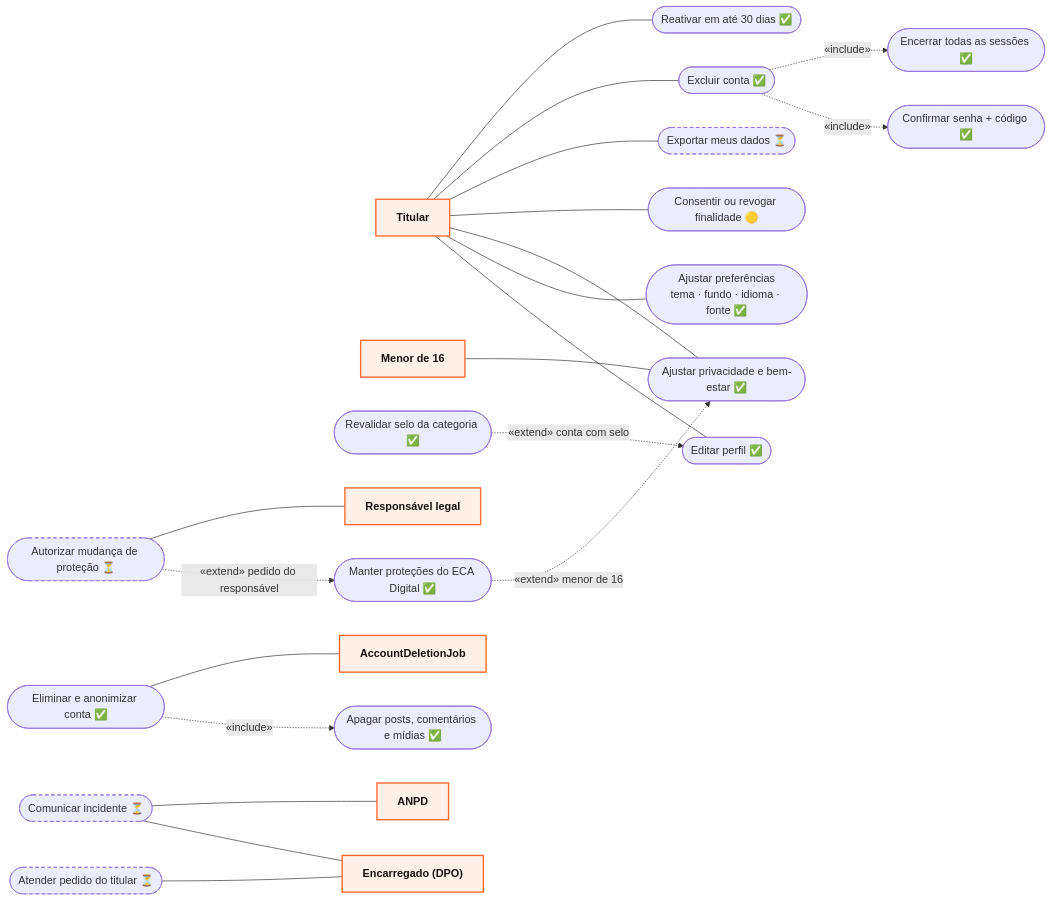
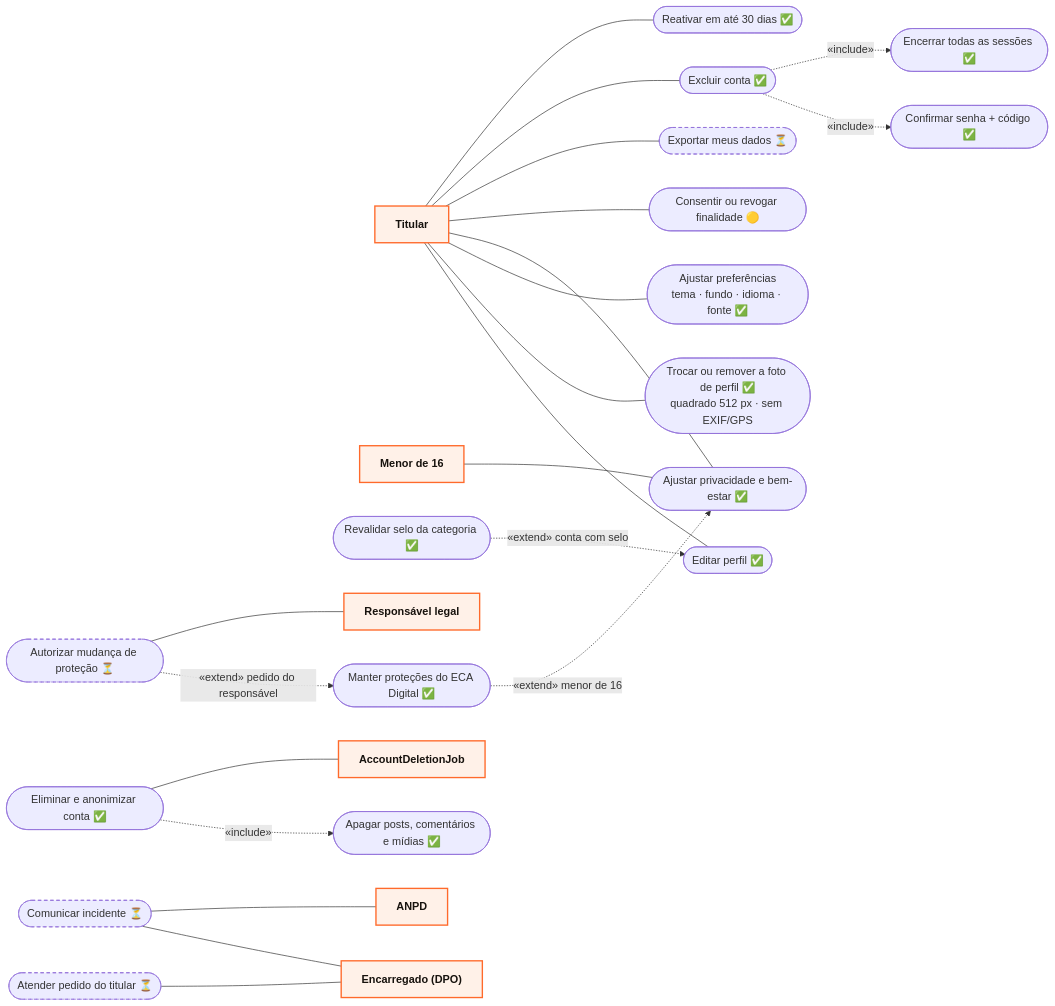
One commit to MatheusHaliski/orange_social_velion changed the fourth of 7 diagrams in docs/DIAGRAMA_CASOS_DE_USO.md. Above: the diagram before and after it, drawn with Mermaid. The commit also changed other lines of this file and 25 other files, not shown here.

First line of the commit message:
Foto de perfil por URL pré-assinada e regras do bucket em dev (RF2 · OS-18)

````diff
--- a/docs/DIAGRAMA_CASOS_DE_USO.md
+++ b/docs/DIAGRAMA_CASOS_DE_USO.md
@@ -149,44 +149,45 @@
 ```mermaid
 flowchart LR
     TIT["Titular"]:::actor
     MEN["Menor de 16"]:::actor
 
     PERF(["Editar perfil ✅"])
+    FOTO(["Trocar ou remover a foto de perfil ✅<br/>quadrado 512 px · sem EXIF/GPS"])
     PREF(["Ajustar preferências<br/>tema · fundo · idioma · fonte ✅"])
     PRIV(["Ajustar privacidade e bem-estar ✅"])
     CONS(["Consentir ou revogar finalidade 🟡"])
     EXP(["Exportar meus dados ⏳"]):::planned
     EXC(["Excluir conta ✅"])
     REAT(["Reativar em até 30 dias ✅"])
     SELO(["Revalidar selo da categoria ✅"])
     TRAV(["Manter proteções do ECA Digital ✅"])
     AUT(["Autorizar mudança de proteção ⏳"]):::planned
     SUDO(["Confirmar senha + código ✅"])
     FIM(["Encerrar todas as sessões ✅"])
     ELIM(["Eliminar e anonimizar conta ✅"])
     APAG(["Apagar posts, comentários e mídias ✅"])
     PED(["Atender pedido do titular ⏳"]):::planned
     INC(["Comunicar incidente ⏳"]):::planned
 
     RESP["Responsável legal"]:::actor
     JOB["AccountDeletionJob"]:::actor
     ENC["Encarregado (DPO)"]:::actor
     ANPD["ANPD"]:::actor
 
-    TIT --- PERF & PREF & PRIV & CONS & EXP & EXC & REAT
+    TIT --- PERF & FOTO & PREF & PRIV & CONS & EXP & EXC & REAT
     MEN --- PRIV
     SELO -. «extend» conta com selo .-> PERF
     TRAV -. «extend» menor de 16 .-> PRIV
     AUT -. «extend» pedido do responsável .-> TRAV
     EXC -. «include» .-> SUDO
     EXC -. «include» .-> FIM
     ELIM -. «include» .-> APAG
     AUT --- RESP
     ELIM --- JOB
     PED --- ENC
     INC --- ENC
     INC --- ANPD
 
     classDef actor fill:#FFF1E8,stroke:#FF6A2B,stroke-width:2px,color:#17120D,font-weight:bold
     classDef planned stroke-dasharray:5 4
 ```
````
